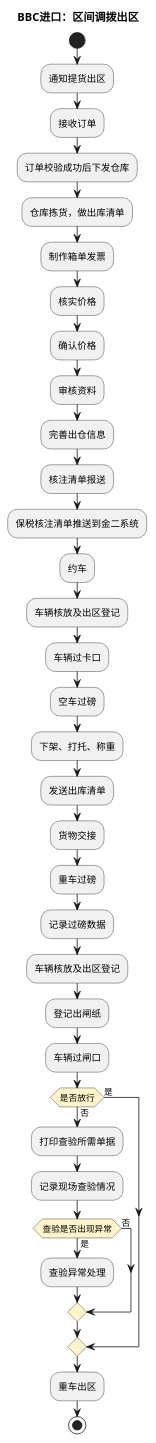
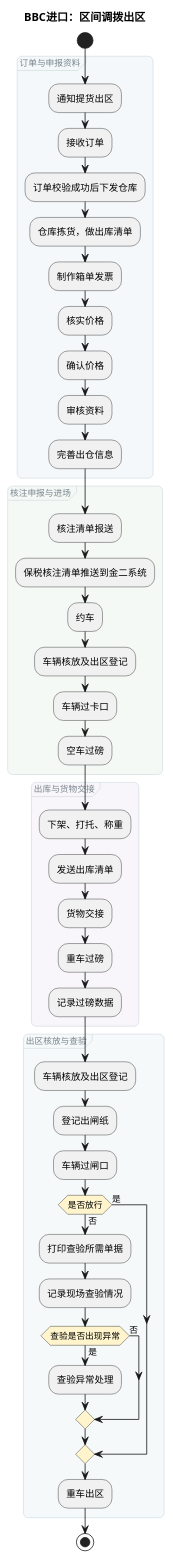
One commit to jack888332/projects-doc changed the first of 12 diagrams in product-caliber/goldjet/segmented-prd/mainflow/PRD.高捷物流系统一期.主流程.06.跨境电商BBC进口详细流程.md. Above: the diagram before and after it, drawn with PlantUML. The commit also changed other lines of this file and 16 other files, not shown here.

Commit message:
给DSL图分组

````diff
--- a/product-caliber/goldjet/segmented-prd/mainflow/PRD.高捷物流系统一期.主流程.06.跨境电商BBC进口详细流程.md
+++ b/product-caliber/goldjet/segmented-prd/mainflow/PRD.高捷物流系统一期.主流程.06.跨境电商BBC进口详细流程.md
@@ -11,41 +11,61 @@
 ```plantuml
 @startuml
 skinparam activityDiamondBackgroundColor #FFF4CC
+<style>
+activityDiagram {
+  group {
+    LineColor #CAD5DA
+    LineThickness 0.7
+    RoundCorner 12
+    FontColor #78848D
+    FontSize 11
+    FontStyle plain
+  }
+}
+</style>
 title BBC进口：区间调拨出区
 start
+group 订单与申报资料 #F4F8FA {
 :通知提货出区;
 :接收订单;
 :订单校验成功后下发仓库;
 :仓库拣货，做出库清单;
 :制作箱单发票;
 :核实价格;
 :确认价格;
 :审核资料;
 :完善出仓信息;
+}
+group 核注申报与进场 #F5F9F6 {
 :核注清单报送;
 :保税核注清单推送到金二系统;
 :约车;
 :车辆核放及出区登记;
 :车辆过卡口;
 :空车过磅;
+}
+group 出库与货物交接 #F8F6FA {
 :下架、打托、称重;
 :发送出库清单;
 :货物交接;
 :重车过磅;
 :记录过磅数据;
+}
+group 出区核放与查验 #F5F9FA {
 :车辆核放及出区登记;
 :登记出闸纸;
 :车辆过闸口;
 if (是否放行) then (是)
 else (否)
   :打印查验所需单据;
   :记录现场查验情况;
   if (查验是否出现异常) then (是)
     :查验异常处理;
   else (否)
   endif
 endif
 :重车出区;
+}
 stop
 @enduml
 ```
````
